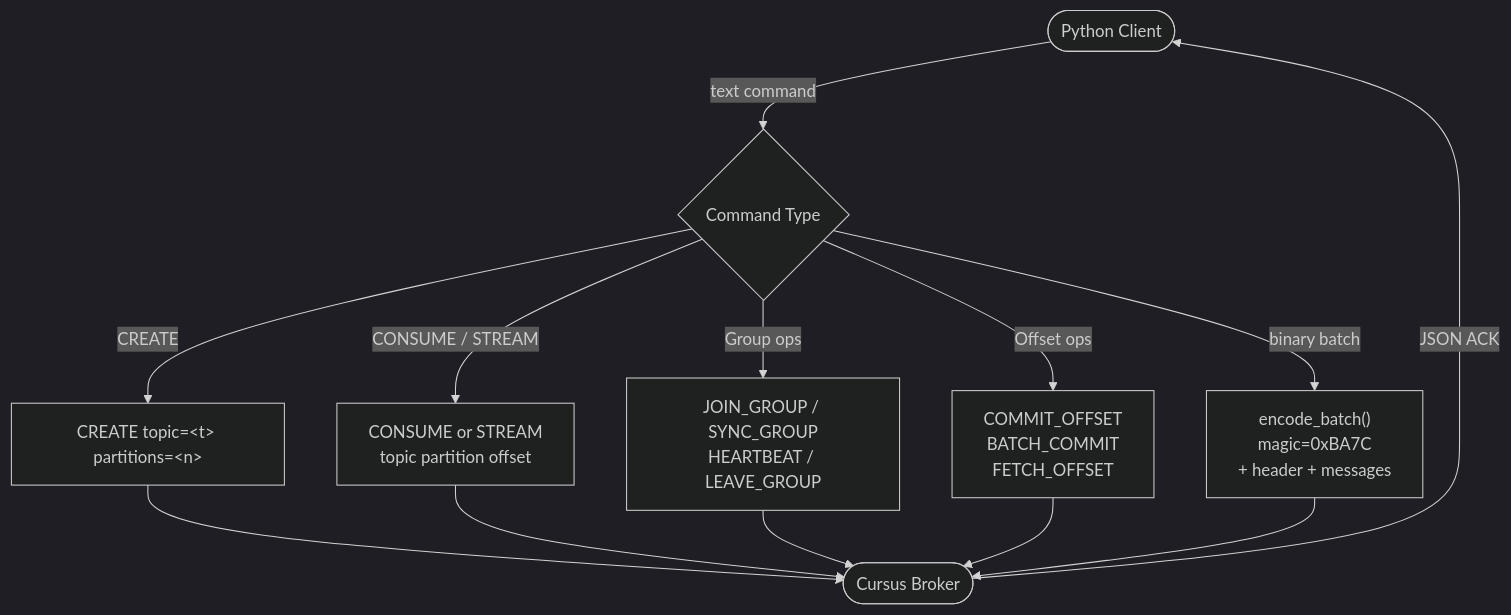
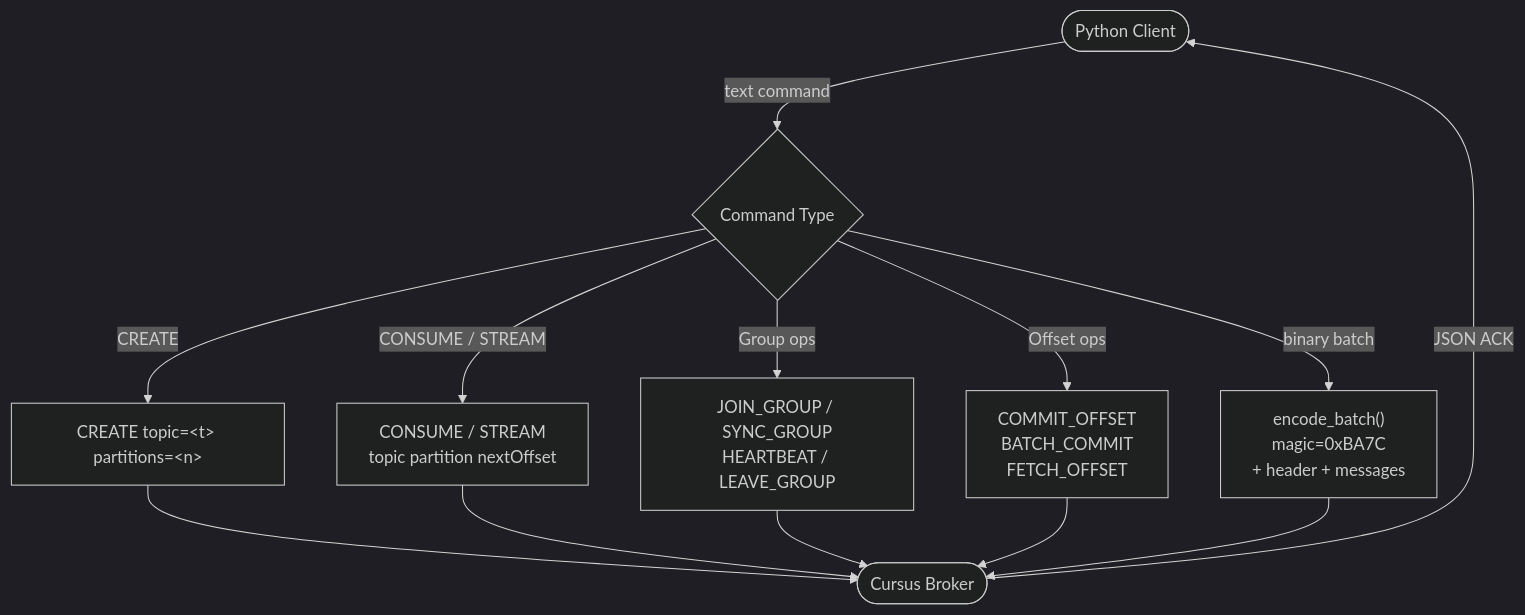
One commit to cursus-io/cursus-python changed the second of 2 diagrams in docs/protocol.md. Above: the diagram before and after it, drawn with Mermaid (dark theme). The commit also changed other lines of this file and 22 other files, not shown here.

````diff
--- a/docs/protocol.md
+++ b/docs/protocol.md
@@ -70,19 +85,19 @@
 ```mermaid
 flowchart TD
     Client([Python Client])
     Client -->|"text command"| Router{Command Type}
 
     Router -->|"CREATE"| Create["CREATE topic=&lt;t&gt; partitions=&lt;n&gt;"]
-    Router -->|"CONSUME / STREAM"| Consume["CONSUME or STREAM\ntopic partition offset"]
+    Router -->|"CONSUME / STREAM"| Consume["CONSUME / STREAM\ntopic partition nextOffset"]
     Router -->|"Group ops"| Group["JOIN_GROUP / SYNC_GROUP\nHEARTBEAT / LEAVE_GROUP"]
     Router -->|"Offset ops"| Offset["COMMIT_OFFSET\nBATCH_COMMIT\nFETCH_OFFSET"]
     Router -->|"binary batch"| Batch["encode_batch()\nmagic=0xBA7C\n+ header + messages"]
 
     Create --> Broker([Cursus Broker])
     Consume --> Broker
     Group --> Broker
     Offset --> Broker
     Batch --> Broker
 
     Broker -->|"JSON ACK"| Client
 ```
````
